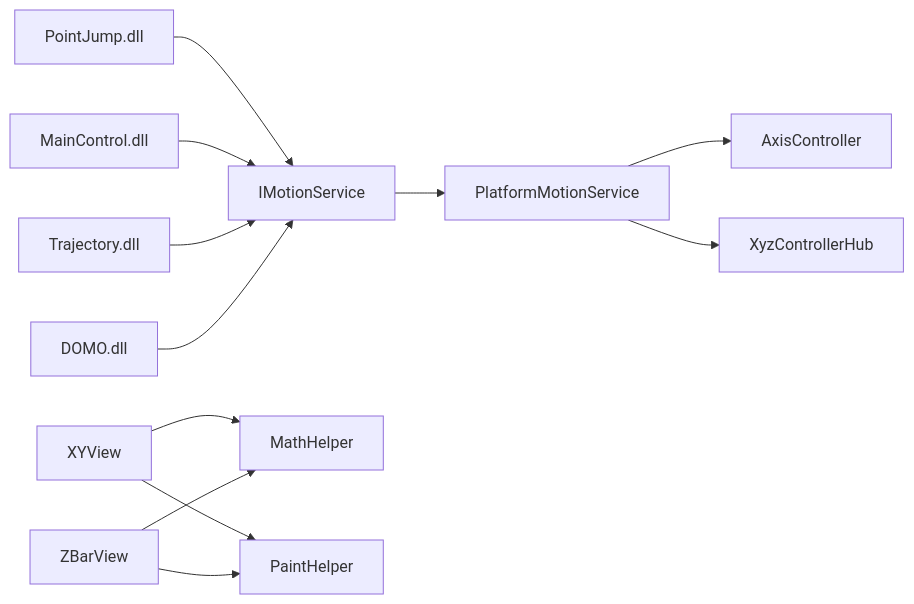
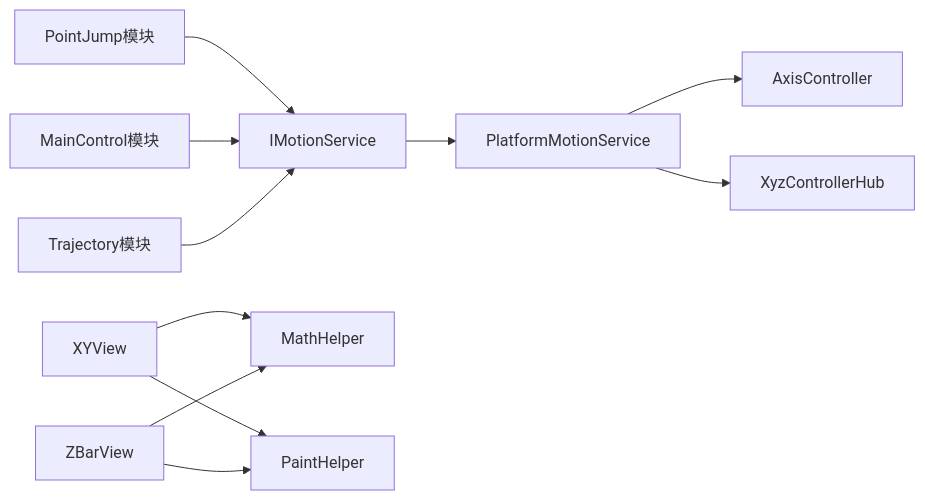
The eighth of 8 diagrams in .qoder/repowiki/zh/content/架构设计/模块化架构设计.md (fuweiq94-cloud/339918076), drawn with Mermaid before and after one commit. The commit also changed other lines of this file and 84 other files, not shown here.

````diff
--- a/.qoder/repowiki/zh/content/架构设计/模块化架构设计.md
+++ b/.qoder/repowiki/zh/content/架构设计/模块化架构设计.md
@@ -378,14 +342,13 @@
 ```mermaid
 graph LR
-PJ["PointJump.dll"] --> IMS["IMotionService"]
-MC["MainControl.dll"] --> IMS
-TR["Trajectory.dll"] --> IMS
-DM["DOMO.dll"] --> IMS
+PJ["PointJump模块"] --> IMS["IMotionService"]
+MC["MainControl模块"] --> IMS
+TR["Trajectory模块"] --> IMS
 IMS --> PMS["PlatformMotionService"]
 PMS --> AC["AxisController"]
 PMS --> XH["XyzControllerHub"]
 XYV["XYView"] --> MH["MathHelper"]
 XYV --> PH["PaintHelper"]
 ZBV["ZBarView"] --> MH
 ZBV --> PH
 ```
````
